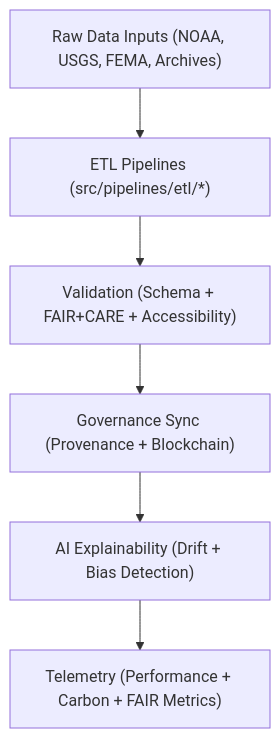
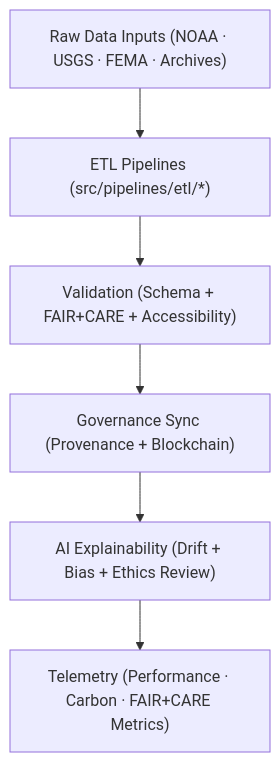
One commit to bartytime4life/Kansas-Frontier-Matrix changed the diagram in src/README.md. Above: the diagram before and after it, drawn with Mermaid. The commit also changed other lines of this file, not shown here.

````diff
--- a/src/README.md
+++ b/src/README.md
@@ -78,8 +83,8 @@
 ```mermaid
 flowchart TD
-A["Raw Data Inputs (NOAA, USGS, FEMA, Archives)"] --> B["ETL Pipelines (src/pipelines/etl/*)"]
+A["Raw Data Inputs (NOAA · USGS · FEMA · Archives)"] --> B["ETL Pipelines (src/pipelines/etl/*)"]
 B --> C["Validation (Schema + FAIR+CARE + Accessibility)"]
 C --> D["Governance Sync (Provenance + Blockchain)"]
-D --> E["AI Explainability (Drift + Bias Detection)"]
-E --> F["Telemetry (Performance + Carbon + FAIR Metrics)"]
+D --> E["AI Explainability (Drift + Bias + Ethics Review)"]
+E --> F["Telemetry (Performance · Carbon · FAIR+CARE Metrics)"]
 ```
````
